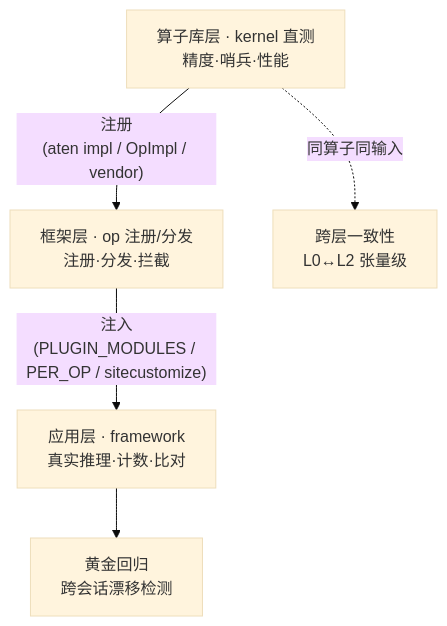
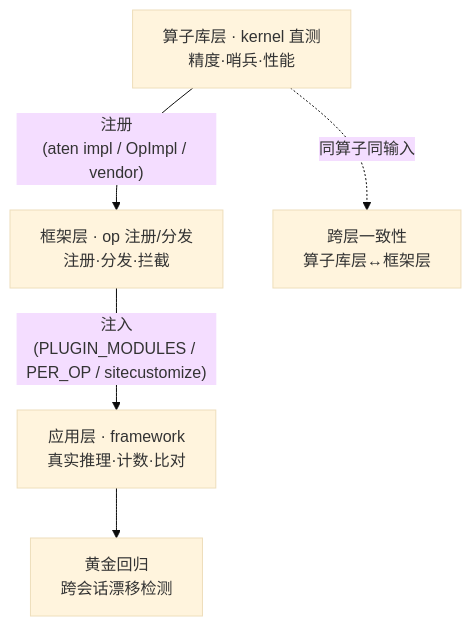
One commit to FLAG-OP/FlagOS-OP changed the diagram in docs/testing.md. Above: the diagram before and after it, drawn with Mermaid (base theme). The commit also changed other lines of this file and 7 other files, not shown here.

````diff
--- a/docs/testing.md
+++ b/docs/testing.md
@@ -14,7 +14,7 @@
 ```mermaid
 flowchart TD
     K["算子库层 · kernel 直测<br/>精度·哨兵·性能"] -->|"注册<br/>(aten impl / OpImpl / vendor)"| O["框架层 · op 注册/分发<br/>注册·分发·拦截"]
     O -->|"注入<br/>(PLUGIN_MODULES / PER_OP / sitecustomize)"| F["应用层 · framework<br/>真实推理·计数·比对"]
     F --> G["黄金回归<br/>跨会话漂移检测"]
-    K -.->|"同算子同输入"| C["跨层一致性<br/>L0↔L2 张量级"]
+    K -.->|"同算子同输入"| C["跨层一致性<br/>算子库层↔框架层"]
 ```
````
